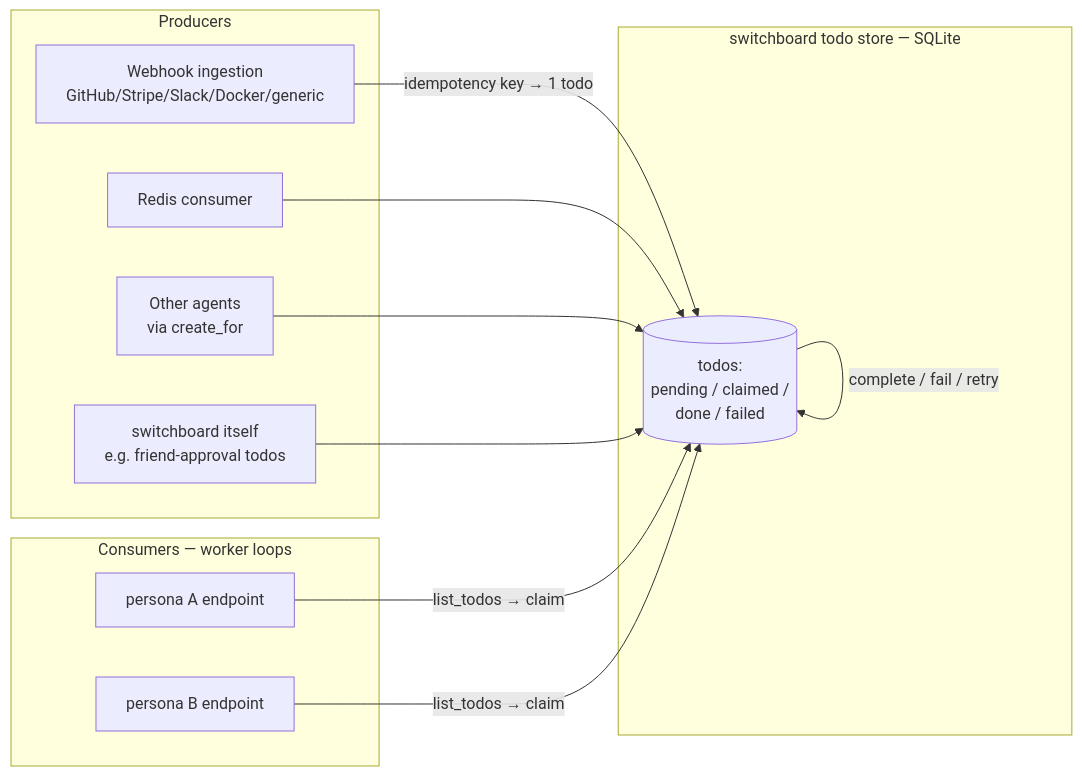
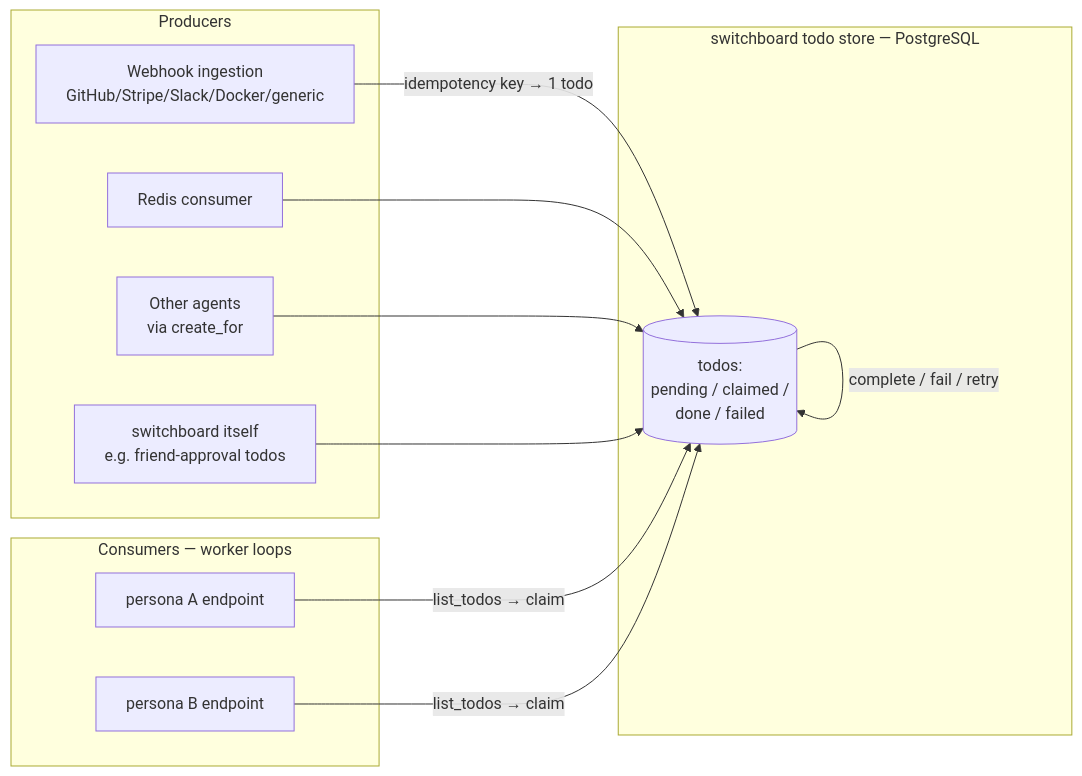
Before and after one commit to stump-wtf/switchboard: the diagram in docs/adr/ADR-007-todos-as-core-primitive.md, drawn with Mermaid. The commit also changed other lines of this file and 14 other files, not shown here.

First line of the commit message:
docs: convert all SQLite references to PostgreSQL; drop legacy webhook-mcp/MVP framing

````diff
--- a/docs/adr/ADR-007-todos-as-core-primitive.md
+++ b/docs/adr/ADR-007-todos-as-core-primitive.md
@@ -108,23 +108,23 @@
 ```mermaid
 flowchart LR
   subgraph producers[Producers]
     wh[Webhook ingestion<br/>GitHub/Stripe/Slack/Docker/generic]
     rq[Redis consumer]
     ag[Other agents<br/>via create_for]
     sb[switchboard itself<br/>e.g. friend-approval todos]
   end
-  subgraph core[switchboard todo store — SQLite]
+  subgraph core[switchboard todo store — PostgreSQL]
     q[(todos:<br/>pending / claimed /<br/>done / failed)]
   end
   subgraph consumers[Consumers — worker loops]
     p1[persona A endpoint]
     p2[persona B endpoint]
   end
   wh -->|idempotency key → 1 todo| q
   rq --> q
   ag --> q
   sb --> q
   p1 -->|list_todos → claim| q
   p2 -->|list_todos → claim| q
   q -->|complete / fail / retry| q
 ```
````
